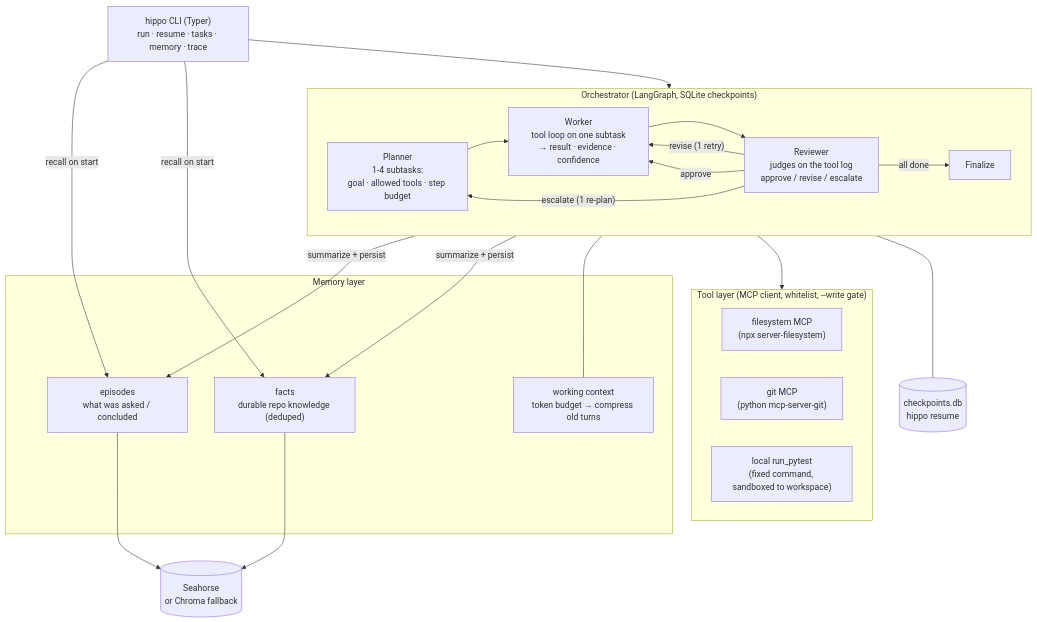
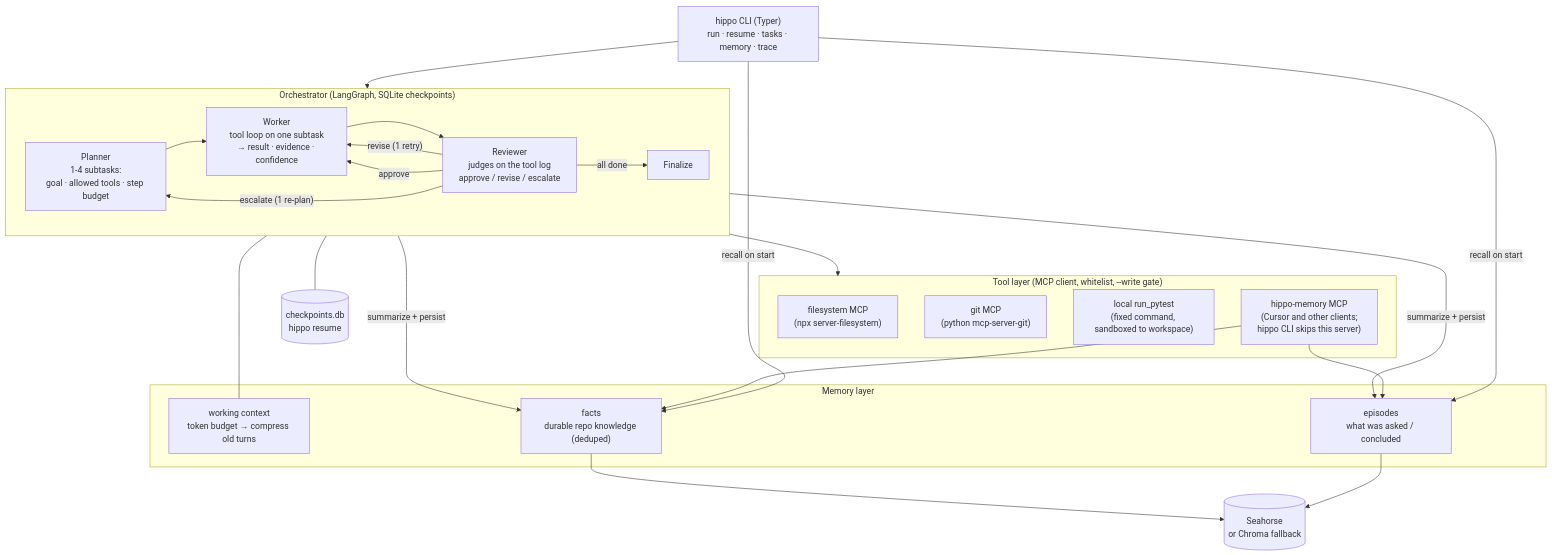
One commit to JuneC7020/hippo changed the diagram in README.md. Above: the diagram before and after it, drawn with Mermaid. The commit also changed other lines of this file and 14 other files, not shown here.

First line of the commit message:
M5: hippo-memory MCP server, Cursor setup, interview slides

````diff
--- a/README.md
+++ b/README.md
@@ -42,37 +52,39 @@
 ```mermaid
 flowchart TB
     CLI["hippo CLI (Typer)<br/>run · resume · tasks · memory · trace"]
 
     subgraph Graph["Orchestrator (LangGraph, SQLite checkpoints)"]
         direction LR
         P["Planner<br/>1-4 subtasks:<br/>goal · allowed tools · step budget"]
         W["Worker<br/>tool loop on one subtask<br/>→ result · evidence · confidence"]
         R["Reviewer<br/>judges on the tool log<br/>approve / revise / escalate"]
         F["Finalize"]
         P --> W --> R
         R -- revise (1 retry) --> W
         R -- escalate (1 re-plan) --> P
         R -- approve --> W
         R -- all done --> F
     end
 
     subgraph Tools["Tool layer (MCP client, whitelist, --write gate)"]
         FS["filesystem MCP<br/>(npx server-filesystem)"]
         GIT["git MCP<br/>(python mcp-server-git)"]
         PT["local run_pytest<br/>(fixed command, sandboxed to workspace)"]
+        MEM["hippo-memory MCP<br/>(Cursor and other clients;<br/>hippo CLI skips this server)"]
     end
 
     subgraph Memory["Memory layer"]
         WC["working context<br/>token budget → compress old turns"]
         EP["episodes<br/>what was asked / concluded"]
         FA["facts<br/>durable repo knowledge (deduped)"]
     end
 
     CLI --> Graph
     W --> Tools
     CLI -- recall on start --> EP & FA
     F -- summarize + persist --> EP & FA
     W --- WC
     EP & FA --> VS[("Seahorse<br/>or Chroma fallback")]
+    MEM --> EP & FA
     Graph --- CK[("checkpoints.db<br/>hippo resume")]
 ```
````
